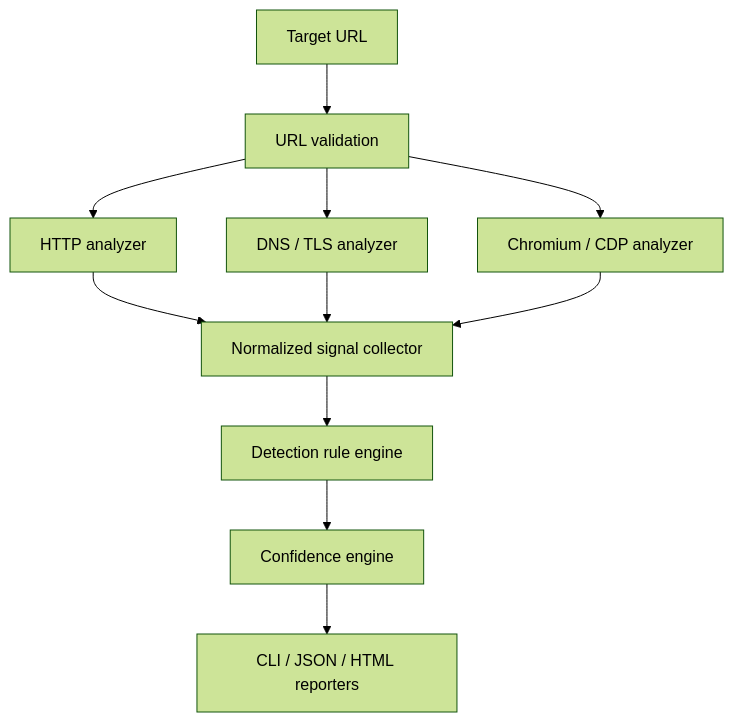
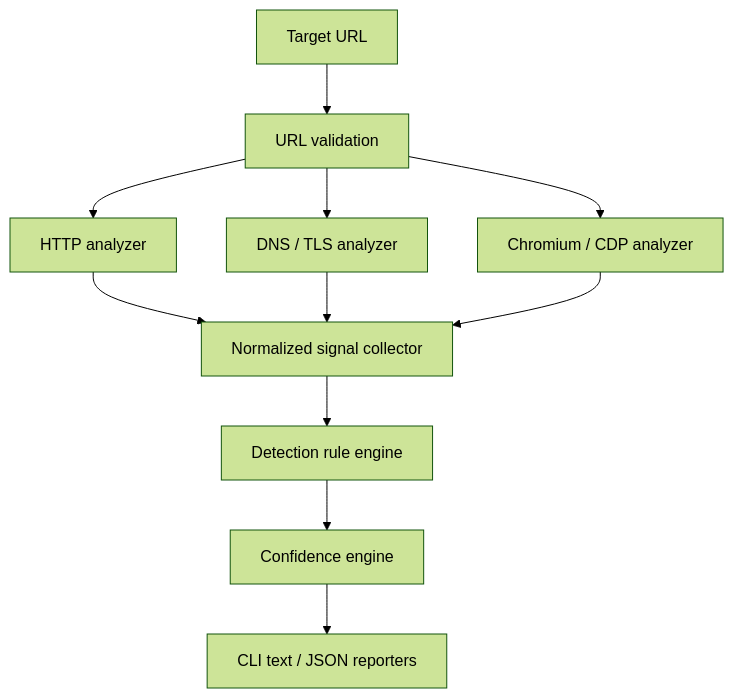
The diagram in docs/architecture.md (gkehren/hemera), drawn with Mermaid (forest theme) before and after one commit. The commit also changed other lines of this file and 24 other files, not shown here.

````diff
--- a/docs/architecture.md
+++ b/docs/architecture.md
@@ -10,13 +10,13 @@
 ```mermaid
 flowchart TD
     URL[Target URL] --> Validate[URL validation]
     Validate --> HTTP[HTTP analyzer]
     Validate --> DNS[DNS / TLS analyzer]
     Validate --> Browser[Chromium / CDP analyzer]
     HTTP --> Signals[Normalized signal collector]
     DNS --> Signals
     Browser --> Signals
     Signals --> Rules[Detection rule engine]
     Rules --> Score[Confidence engine]
-    Score --> Report[CLI / JSON / HTML reporters]
+    Score --> Report[CLI text / JSON reporters]
 ```
````
